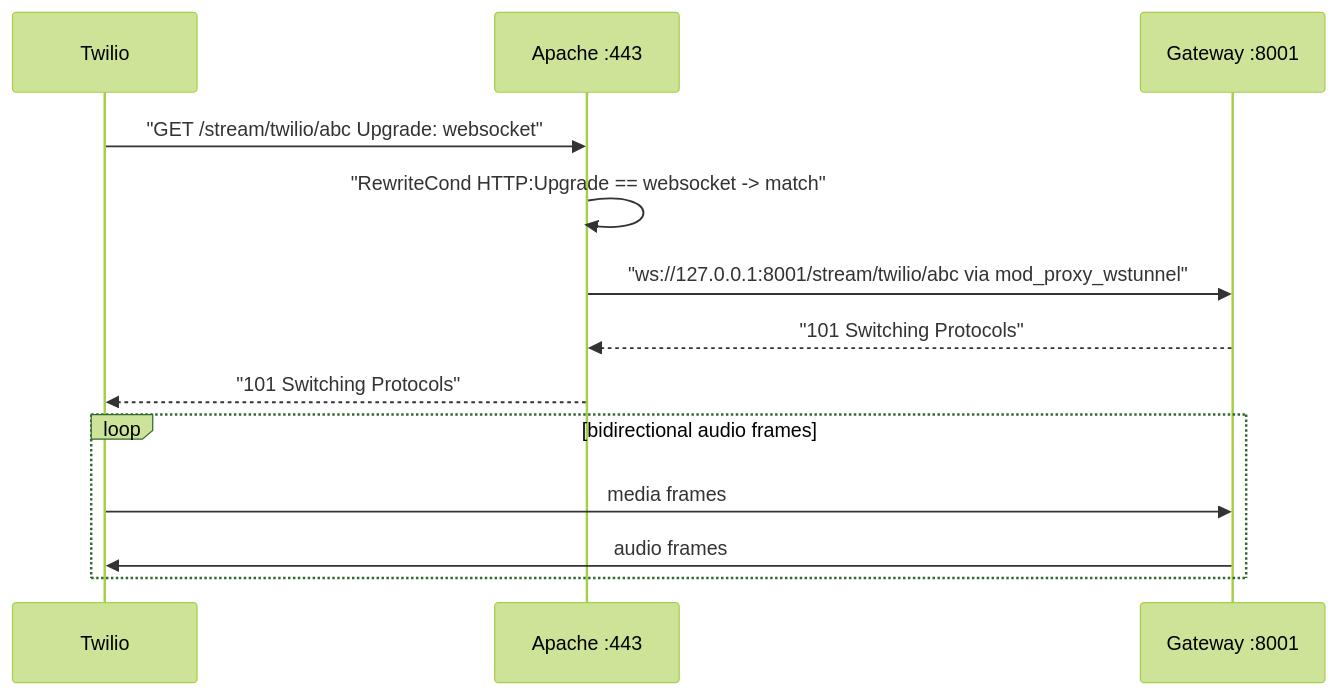
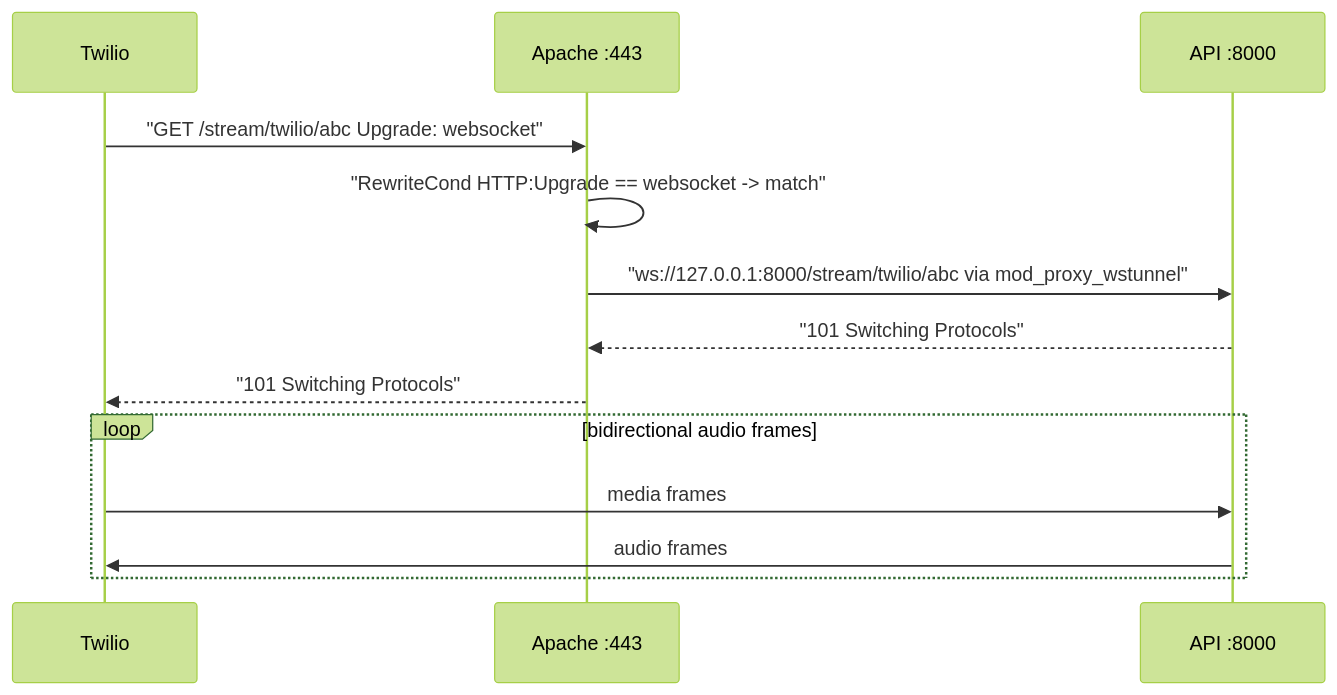
Before and after one commit to gondolerahul/hire-buddha-app: the fifth of 19 diagrams in docs/current/02-system-architecture.md, drawn with Mermaid (forest theme). The commit also changed other lines of this file and 61 other files, not shown here.

````diff
--- a/docs/current/02-system-architecture.md
+++ b/docs/current/02-system-architecture.md
@@ -460,16 +427,16 @@
 ```mermaid
 sequenceDiagram
     participant T as Twilio
     participant A as Apache :443
-    participant G as Gateway :8001
+    participant API as API :8000
 
     T->>A: "GET /stream/twilio/abc  Upgrade: websocket"
     A->>A: "RewriteCond HTTP:Upgrade == websocket -> match"
-    A->>G: "ws://127.0.0.1:8001/stream/twilio/abc via mod_proxy_wstunnel"
-    G-->>A: "101 Switching Protocols"
+    A->>API: "ws://127.0.0.1:8000/stream/twilio/abc via mod_proxy_wstunnel"
+    API-->>A: "101 Switching Protocols"
     A-->>T: "101 Switching Protocols"
     loop bidirectional audio frames
-        T->>G: media frames
-        G->>T: audio frames
+        T->>API: media frames
+        API->>T: audio frames
     end
 ```
````
